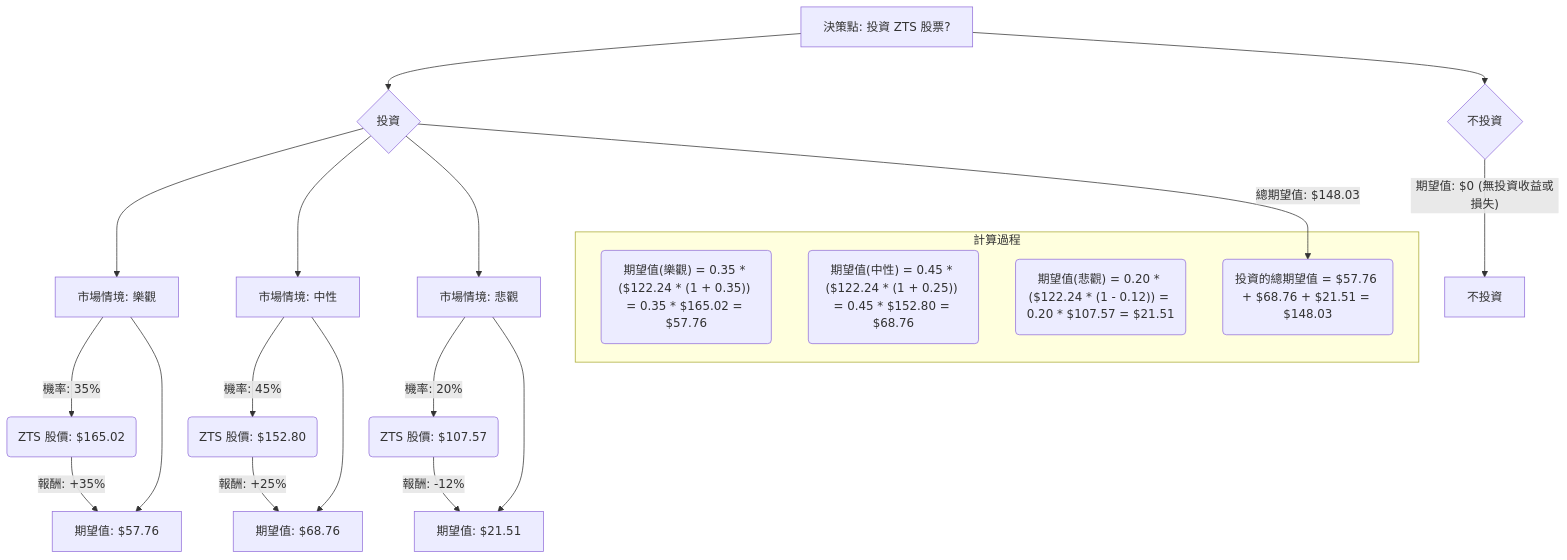
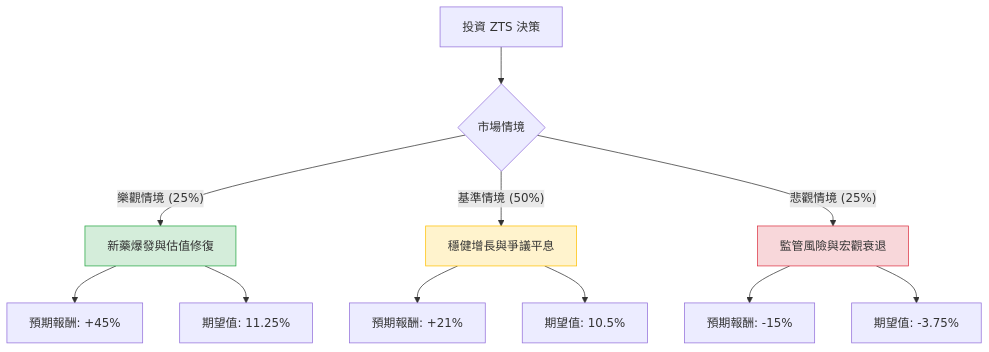
Before and after one commit to zmcx16/zmcx16.github.io: the diagram in plugin-react/ai-analysis/ev-analysis/ZTS.md, drawn with Mermaid. The commit also changed other lines of this file and 78 other files, not shown here.

````diff
--- a/plugin-react/ai-analysis/ev-analysis/ZTS.md
+++ b/plugin-react/ai-analysis/ev-analysis/ZTS.md
@@ -51,31 +23,20 @@
 ```mermaid
 graph TD
-    A[決策點: 投資 ZTS 股票?] --> B{投資}
-    A --> C{不投資}
+    A[投資 ZTS 決策] --> B{市場情境}
+    
+    B -- 樂觀情境 (25%) --> C[新藥爆發與估值修復]
+    C --> C1[預期報酬: +45%]
+    C --> C2[期望值: 11.25%]
 
-    B --> D[市場情境: 樂觀]
-    B --> E[市場情境: 中性]
-    B --> F[市場情境: 悲觀]
+    B -- 基準情境 (50%) --> D[穩健增長與爭議平息]
+    D --> D1[預期報酬: +21%]
+    D --> D2[期望值: 10.5%]
 
-    C -- 期望值: $0 (無投資收益或損失) --> G[不投資]
+    B -- 悲觀情境 (25%) --> E[監管風險與宏觀衰退]
+    E --> E1[預期報酬: -15%]
+    E --> E2[期望值: -3.75%]
 
-    D -- 機率: 35% --> D1(ZTS 股價: $165.02)
-    E -- 機率: 45% --> E1(ZTS 股價: $152.80)
-    F -- 機率: 20% --> F1(ZTS 股價: $107.57)
-
-    D1 -- 報酬: +35% --> D2[期望值: $57.76]
-    E1 -- 報酬: +25% --> E2[期望值: $68.76]
-    F1 -- 報酬: -12% --> F2[期望值: $21.51]
-
-    subgraph 計算過程
-        D2_calc("期望值(樂觀) = 0.35 * ($122.24 * (1 + 0.35)) = 0.35 * $165.02 = $57.76")
-        E2_calc("期望值(中性) = 0.45 * ($122.24 * (1 + 0.25)) = 0.45 * $152.80 = $68.76")
-        F2_calc("期望值(悲觀) = 0.20 * ($122.24 * (1 - 0.12)) = 0.20 * $107.57 = $21.51")
-        B_calc("投資的總期望值 = $57.76 + $68.76 + $21.51 = $148.03")
-    end
-
-    D --> D2
-    E --> E2
-    F --> F2
-    B -- 總期望值: $148.03 --> B_calc
+    style C fill:#d4edda,stroke:#28a745
+    style D fill:#fff3cd,stroke:#ffc107
+    style E fill:#f8d7da,stroke:#dc3545
 ```
````
